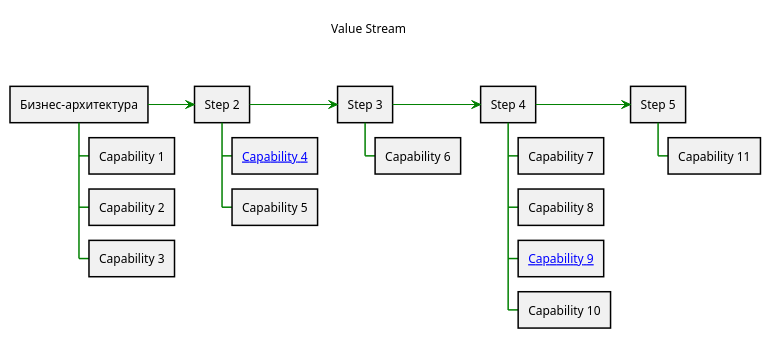
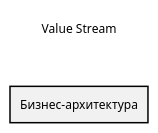
Before and after one commit to SEAFTeam/seaf-dzo-prototype: the diagram in _metamodel_/seaf-dzo/docs/overview.md, drawn with PlantUML. The commit also changed 51 other files, not shown here.

````diff
--- a/_metamodel_/seaf-dzo/docs/overview.md
+++ b/_metamodel_/seaf-dzo/docs/overview.md
@@ -3,39 +3,20 @@
 ```plantuml
 @startwbs
 <style>
 wbsDiagram {
   Linecolor black
   arrow {
     LineColor green
   }
   :depth(0) {
       BackgroundColor White
       RoundCorner 10
       LineColor white
   }
 }
 </style>
 
 * Value Stream
 ** "Бизнес-архитектура" as step1
-*** Capability 1
-*** Capability 2
-*** Capability 3
-** "Step 2" as step2
-*** [[http://mail.ru Capability 4]]
-*** Capability 5
-** "Step 3" as step3
-*** Capability 6
-** "Step 4" as step4
-*** Capability 7
-*** Capability 8
-*** [[http://mail.ru Capability 9]]
-*** Capability 10
-** "Step 5" as step5
-*** Capability 11
-step1 -> step2: test
-step2 -> step3
-step3 -> step4
-step4 -> step5
 @endwbs
 ```
````
